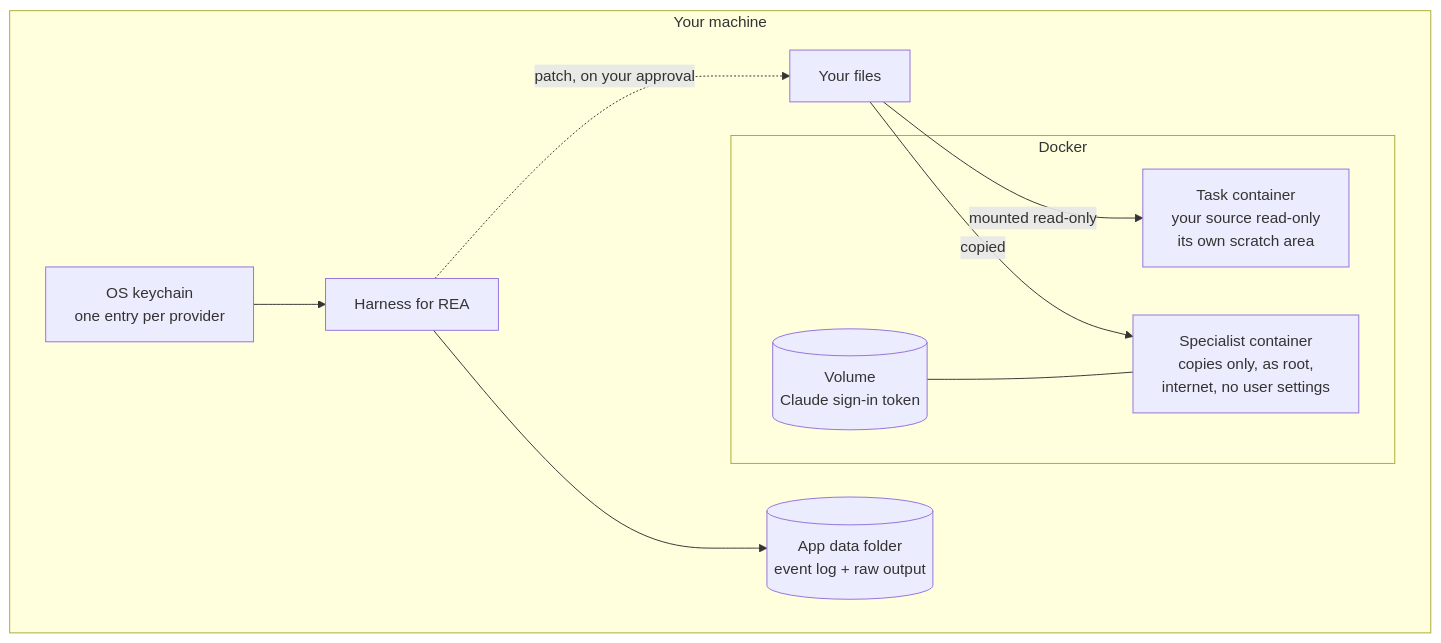
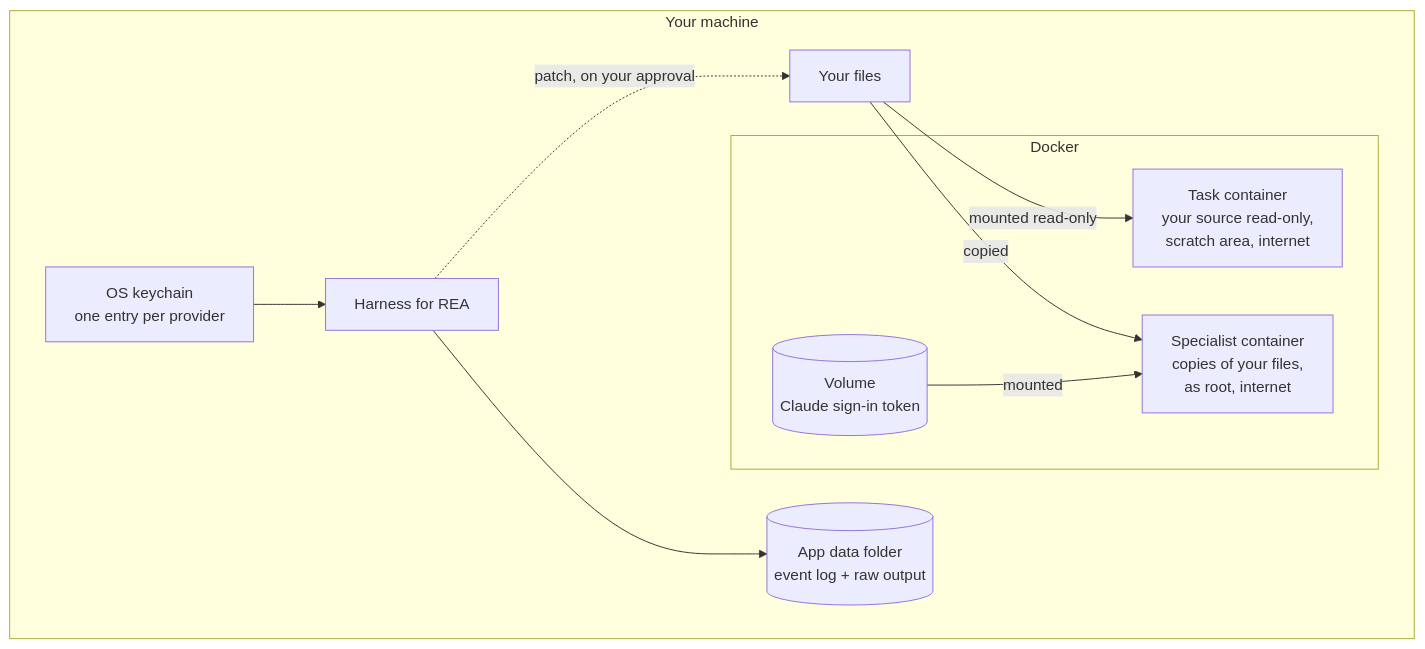
One commit to protonspy/harness-for-rea changed the fourth of 8 diagrams in README.md. Above: the diagram before and after it, drawn with Mermaid. The commit also changed other lines of this file, not shown here.

````diff
--- a/README.md
+++ b/README.md
@@ -135,22 +135,22 @@
 ```mermaid
 flowchart TB
     subgraph host["Your machine"]
         files["Your files"]
         keys["OS keychain<br/>one entry per provider"]
         data[("App data folder<br/>event log + raw output")]
         app["Harness for REA"]
 
         subgraph docker["Docker"]
-            taskc["Task container<br/>your source read-only<br/>its own scratch area"]
-            specc["Specialist container<br/>copies only, as root,<br/>internet, no user settings"]
+            taskc["Task container<br/>your source read-only,<br/>scratch area, internet"]
+            specc["Specialist container<br/>copies of your files,<br/>as root, internet"]
             vol[("Volume<br/>Claude sign-in token")]
         end
     end
 
     files -- "mounted read-only" --> taskc
     files -- "copied" --> specc
-    vol --- specc
+    vol -- "mounted" --> specc
     keys --> app
     app --> data
     app -. "patch, on your approval" .-> files
 ```
````
